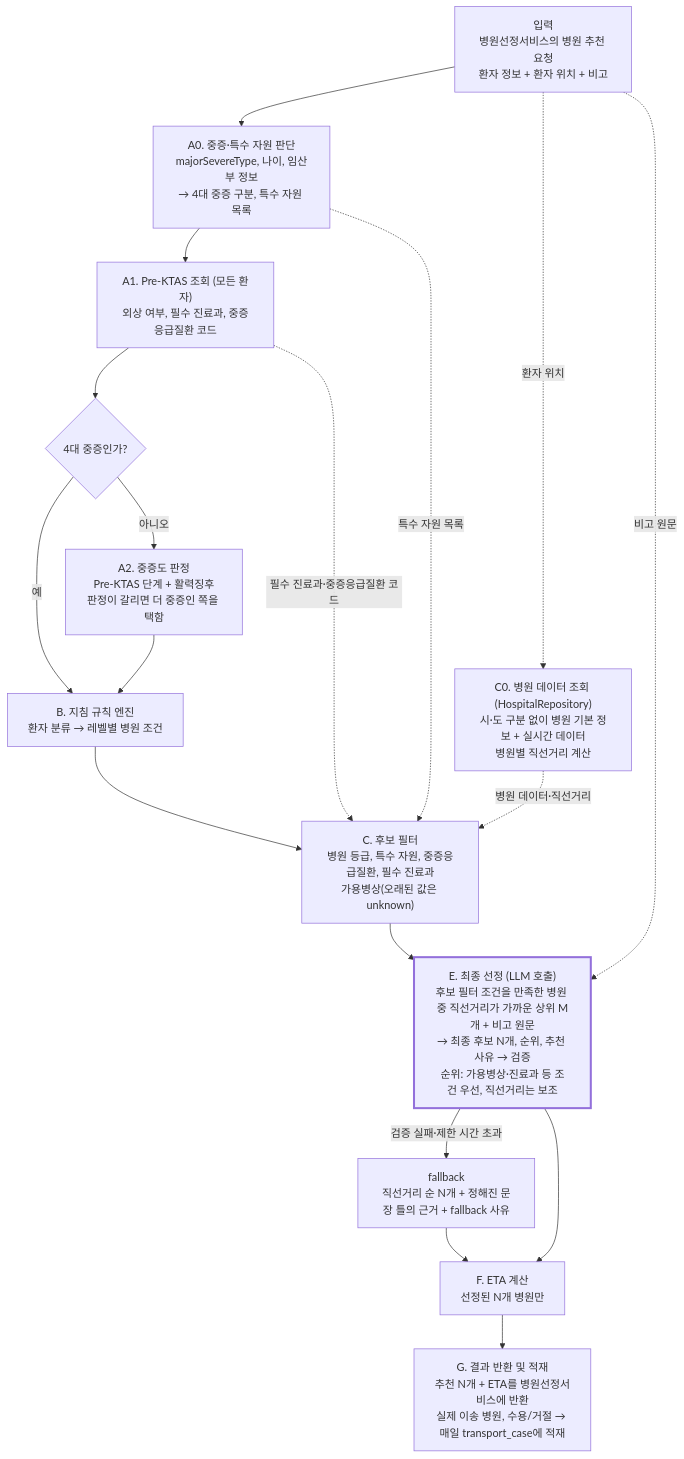
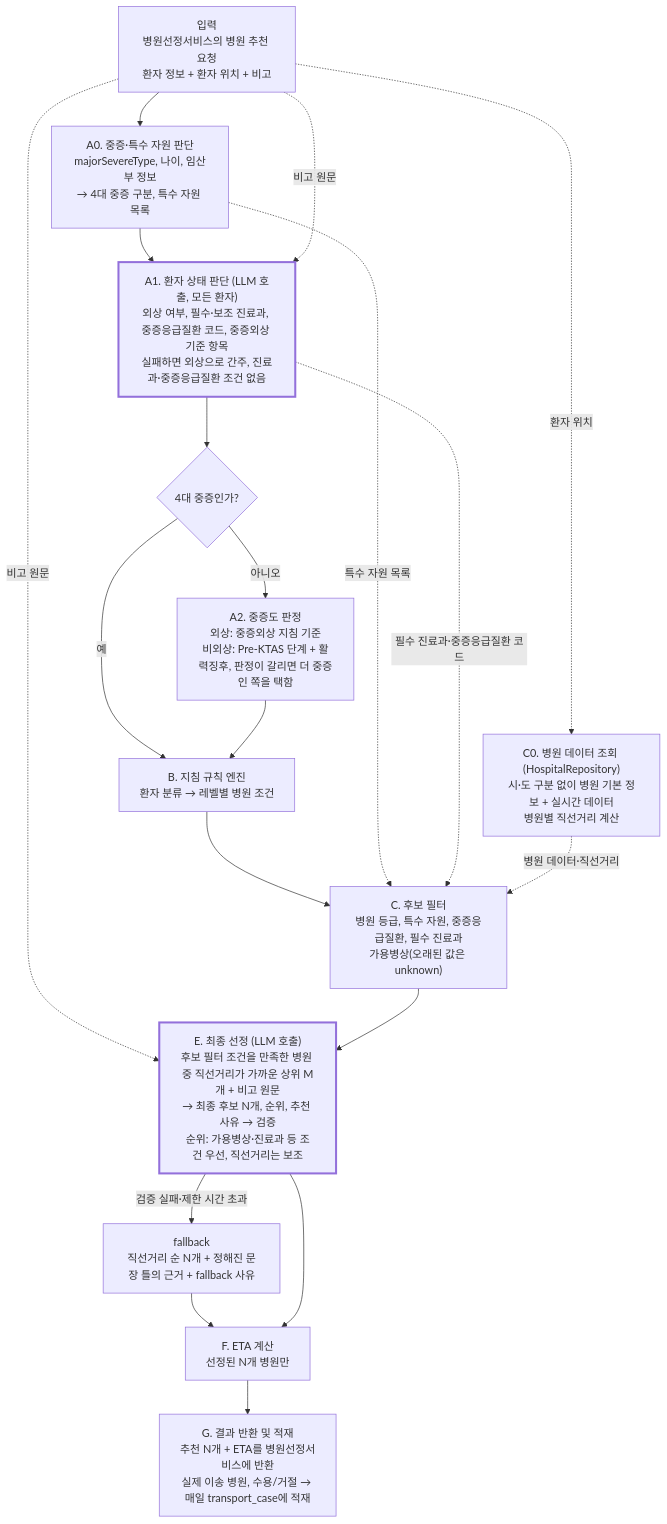
The diagram in docs/design.md (adm-winitech-cto/aimp), drawn with Mermaid before and after one commit. The commit also changed other lines of this file and 29 other files, not shown here.

First line of the commit message:
환자 분류 엔진, 규칙 엔진, vLLM 연동, 중증외상 지침 기준 판정

````diff
--- a/docs/design.md
+++ b/docs/design.md
@@ -72,31 +74,32 @@
 ```mermaid
 flowchart TD
     IN["입력<br/>병원선정서비스의 병원 추천 요청<br/>환자 정보 + 환자 위치 + 비고"]
     A0["A0. 중증·특수 자원 판단<br/>majorSevereType, 나이, 임산부 정보<br/>→ 4대 중증 구분, 특수 자원 목록"]
-    A1["A1. Pre-KTAS 조회 (모든 환자)<br/>외상 여부, 필수 진료과, 중증응급질환 코드"]
+    A1["A1. 환자 상태 판단 (LLM 호출, 모든 환자)<br/>외상 여부, 필수·보조 진료과, 중증응급질환 코드, 중증외상 기준 항목<br/>실패하면 외상으로 간주, 진료과·중증응급질환 조건 없음"]
     Q0{"4대 중증인가?"}
-    A2["A2. 중증도 판정<br/>Pre-KTAS 단계 + 활력징후<br/>판정이 갈리면 더 중증인 쪽을 택함"]
+    A2["A2. 중증도 판정<br/>외상: 중증외상 지침 기준<br/>비외상: Pre-KTAS 단계 + 활력징후, 판정이 갈리면 더 중증인 쪽을 택함"]
     B["B. 지침 규칙 엔진<br/>환자 분류 → 레벨별 병원 조건"]
     C0["C0. 병원 데이터 조회 (HospitalRepository)<br/>시·도 구분 없이 병원 기본 정보 + 실시간 데이터<br/>병원별 직선거리 계산"]
     C["C. 후보 필터<br/>병원 등급, 특수 자원, 중증응급질환, 필수 진료과<br/>가용병상(오래된 값은 unknown)"]
     E["E. 최종 선정 (LLM 호출)<br/>후보 필터 조건을 만족한 병원 중 직선거리가 가까운 상위 M개 + 비고 원문<br/>→ 최종 후보 N개, 순위, 추천 사유 → 검증<br/>순위: 가용병상·진료과 등 조건 우선, 직선거리는 보조"]
     FB["fallback<br/>직선거리 순 N개 + 정해진 문장 틀의 근거 + fallback 사유"]
     F["F. ETA 계산<br/>선정된 N개 병원만"]
     G["G. 결과 반환 및 적재<br/>추천 N개 + ETA를 병원선정서비스에 반환<br/>실제 이송 병원, 수용/거절 → 매일 transport_case에 적재"]
 
     IN --> A0 --> A1 --> Q0
     Q0 -- 예 --> B
     Q0 -- 아니오 --> A2 --> B
     B --> C
     A0 -. 특수 자원 목록 .-> C
     A1 -. 필수 진료과·중증응급질환 코드 .-> C
     IN -. 환자 위치 .-> C0
     C0 -. 병원 데이터·직선거리 .-> C
+    IN -. 비고 원문 .-> A1
     IN -. 비고 원문 .-> E
     C --> E
     E -- 검증 실패·제한 시간 초과 --> FB --> F
     E --> F --> G
 
     classDef llm stroke-width:3px
-    class E llm
+    class A1,E llm
 ```
````
